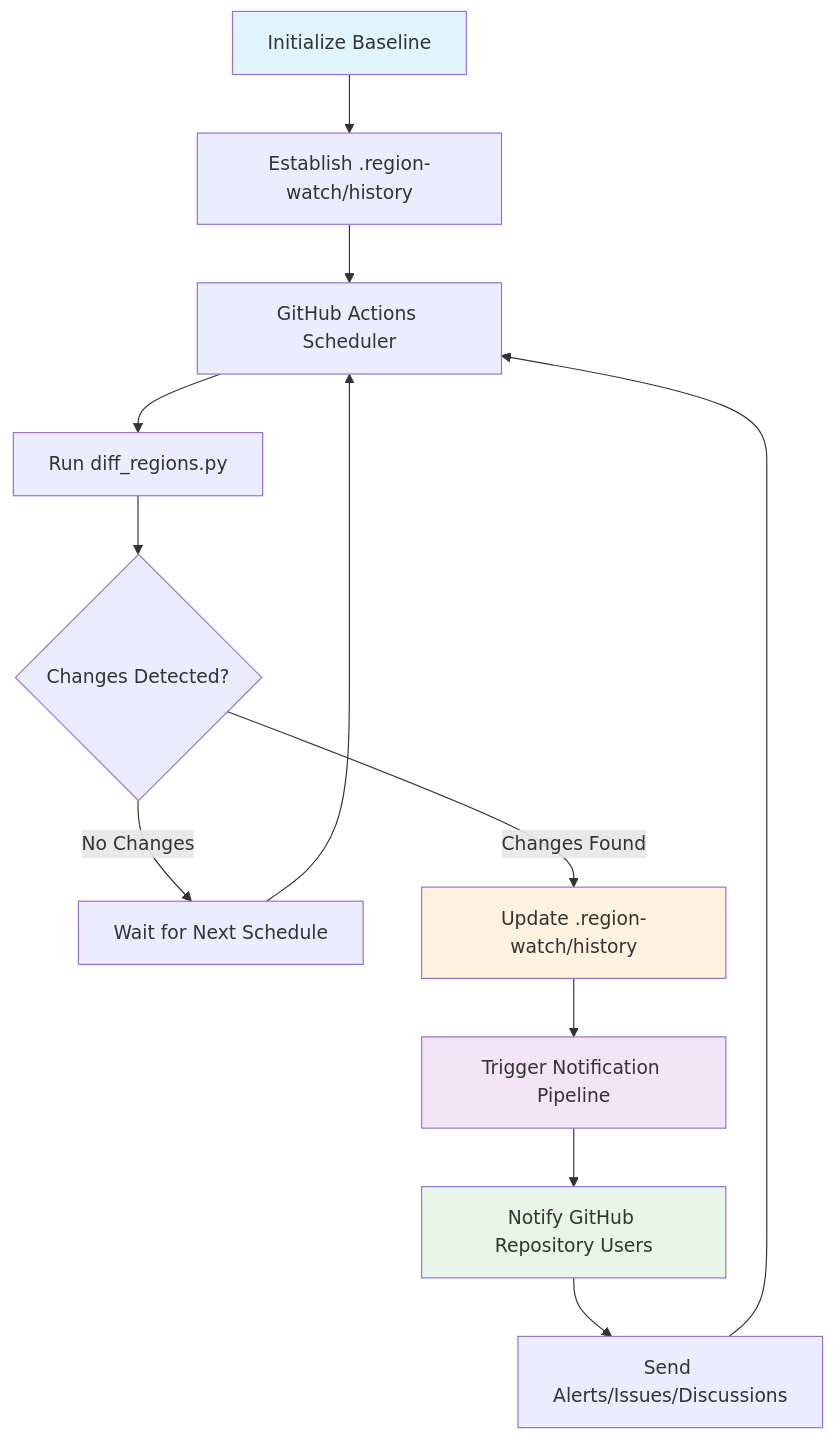
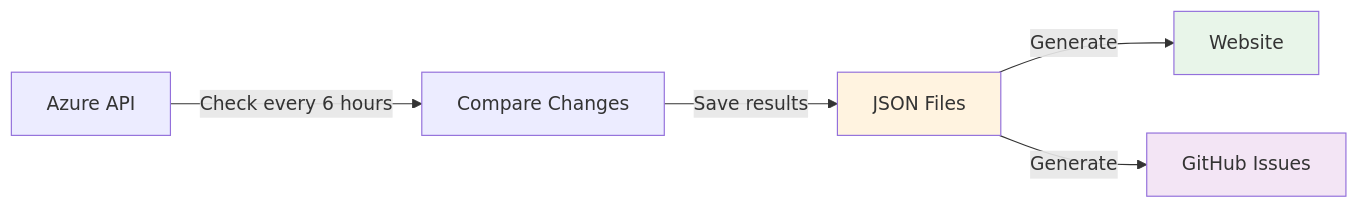
The diagram in README.md (JinLee794/foundry-model-availability-notifications), drawn with Mermaid before and after one commit. The commit also changed other lines of this file and 123 other files, not shown here.

````diff
--- a/README.md
+++ b/README.md
@@ -5,19 +18,11 @@
 ```mermaid
-flowchart TD
-    A[Initialize Baseline] --> B[Establish .region-watch/history]
-    B --> C[GitHub Actions Scheduler]
-    C --> D[Run diff_regions.py]
-    D --> E{Changes Detected?}
-    E -->|No Changes| F[Wait for Next Schedule]
-    E -->|Changes Found| G[Update .region-watch/history]
-    G --> H[Trigger Notification Pipeline]
-    H --> I[Notify GitHub Repository Users]
-    I --> J[Send Alerts/Issues/Discussions]
-    F --> C
-    J --> C
-    
-    style A fill:#e1f5fe
-    style G fill:#fff3e0
-    style H fill:#f3e5f5
-    style I fill:#e8f5e8
+flowchart LR
+    A[Azure API] -->|Check every 6 hours| B[Compare Changes]
+    B -->|Save results| C[JSON Files]
+    C -->|Generate| D[Website]
+    C -->|Generate| E[GitHub Issues]
+
+    style C fill:#fff3e0
+    style D fill:#e8f5e9
+    style E fill:#f3e5f5
 ```
````
